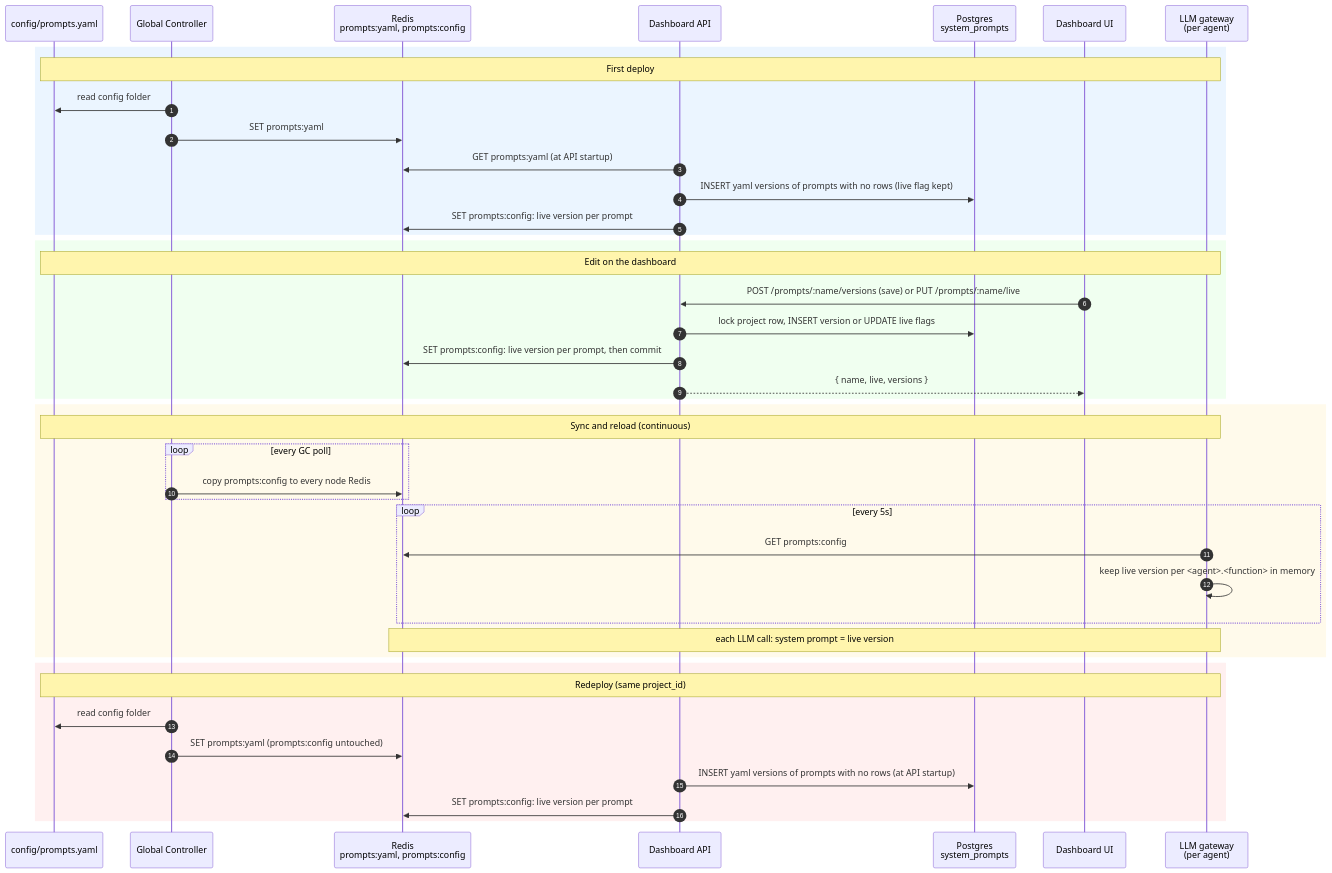
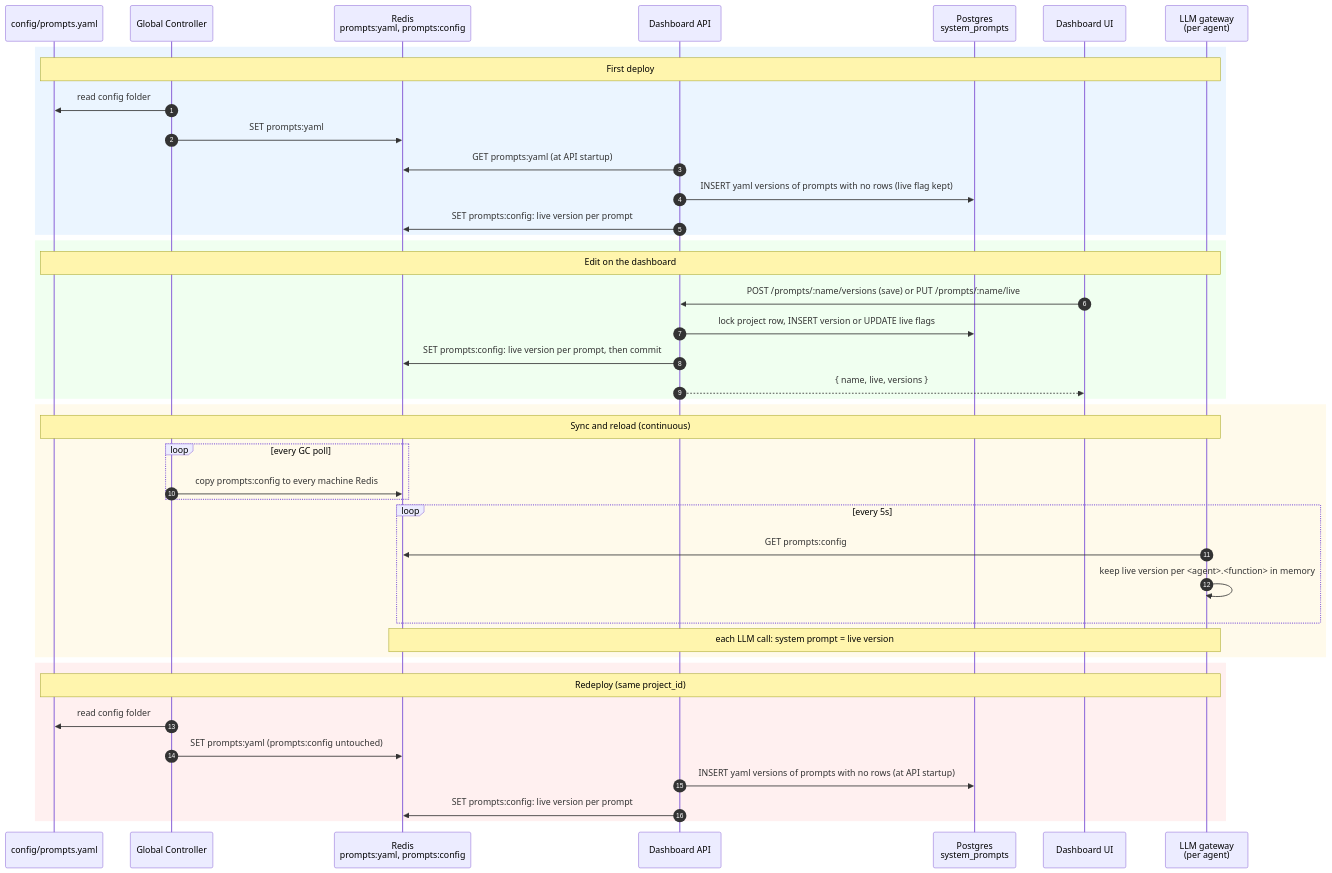
The diagram in docs/architecture/LLM_GATEWAY.md (CanyonCodeCoreAI/canyonos), drawn with Mermaid before and after one commit. The commit also changed other lines of this file and 114 other files, not shown here.

````diff
--- a/docs/architecture/LLM_GATEWAY.md
+++ b/docs/architecture/LLM_GATEWAY.md
@@ -244,48 +244,48 @@
 ```mermaid
 sequenceDiagram
     autonumber
     participant Y as config/prompts.yaml
     participant GC as Global Controller
     participant R as Redis<br/>prompts:yaml, prompts:config
     participant API as Dashboard API
     participant PG as Postgres<br/>system_prompts
     participant UI as Dashboard UI
     participant GW as LLM gateway<br/>(per agent)
 
     rect rgb(235, 245, 255)
     Note over Y,GW: First deploy
     GC->>Y: read config folder
     GC->>R: SET prompts:yaml
     API->>R: GET prompts:yaml (at API startup)
     API->>PG: INSERT yaml versions of prompts with no rows (live flag kept)
     API->>R: SET prompts:config: live version per prompt
     end
 
     rect rgb(240, 255, 240)
     Note over Y,GW: Edit on the dashboard
     UI->>API: POST /prompts/:name/versions (save) or PUT /prompts/:name/live
     API->>PG: lock project row, INSERT version or UPDATE live flags
     API->>R: SET prompts:config: live version per prompt, then commit
     API-->>UI: { name, live, versions }
     end
 
     rect rgb(255, 250, 235)
     Note over Y,GW: Sync and reload (continuous)
     loop every GC poll
-        GC->>R: copy prompts:config to every node Redis
+        GC->>R: copy prompts:config to every machine Redis
     end
     loop every 5s
         GW->>R: GET prompts:config
         GW->>GW: keep live version per <agent>.<function> in memory
     end
     Note over R,GW: each LLM call: system prompt = live version
     end
 
     rect rgb(255, 240, 240)
     Note over Y,GW: Redeploy (same project_id)
     GC->>Y: read config folder
     GC->>R: SET prompts:yaml (prompts:config untouched)
     API->>PG: INSERT yaml versions of prompts with no rows (at API startup)
     API->>R: SET prompts:config: live version per prompt
     end
 ```
````
